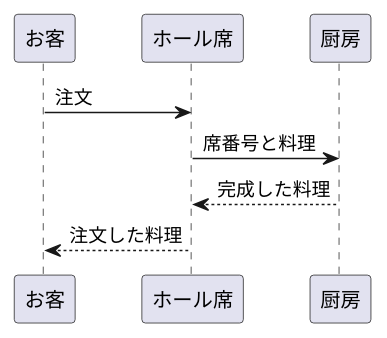
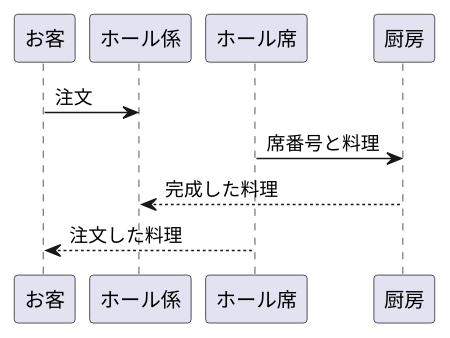
The diagram in kadai4_3.md (Aso2001409/2021sys-design), drawn with PlantUML before and after one commit.

````diff
--- a/kadai4_3.md
+++ b/kadai4_3.md
@@ -1,8 +1,8 @@
 ```uml
 @startuml
-お客 -> ホール席 :注文
+お客 -> ホール係 :注文
 ホール席 -> 厨房 :席番号と料理
-厨房 --> ホール席 :完成した料理
+厨房 --> ホール係 :完成した料理
 ホール席 --> お客 :注文した料理
 
 ```
````
